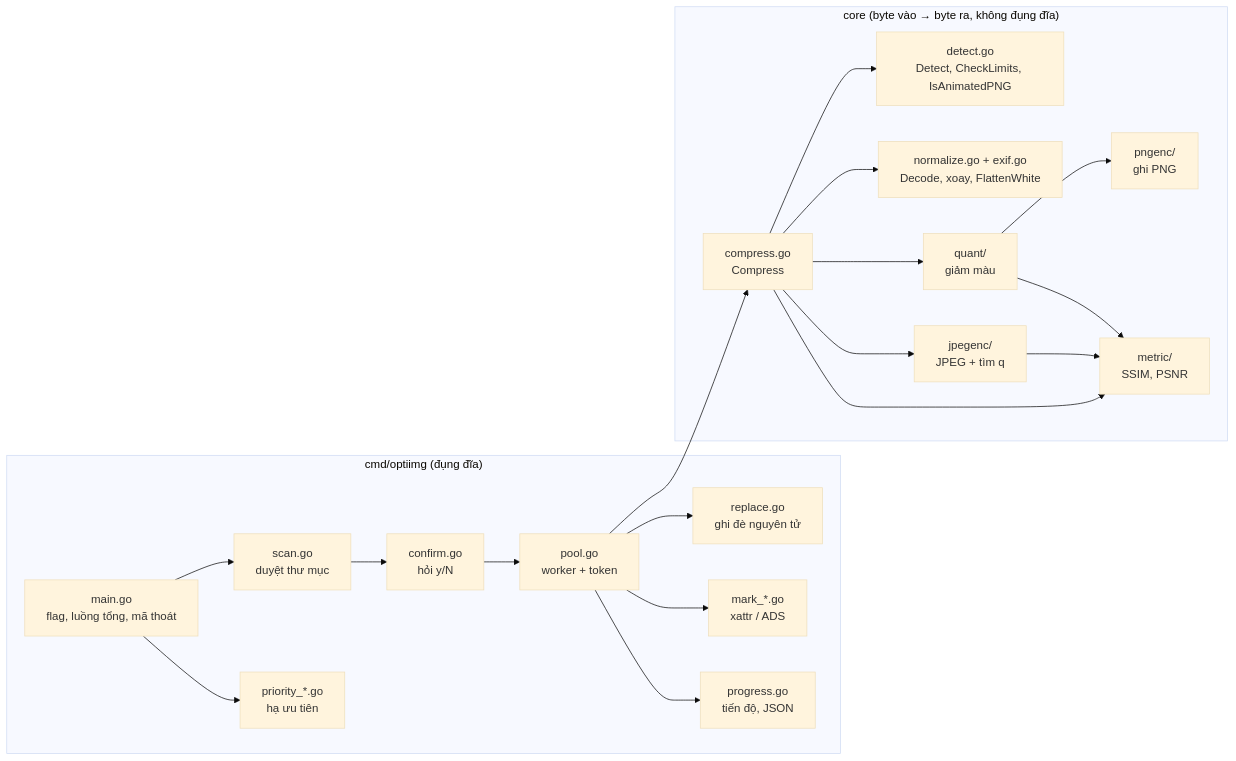
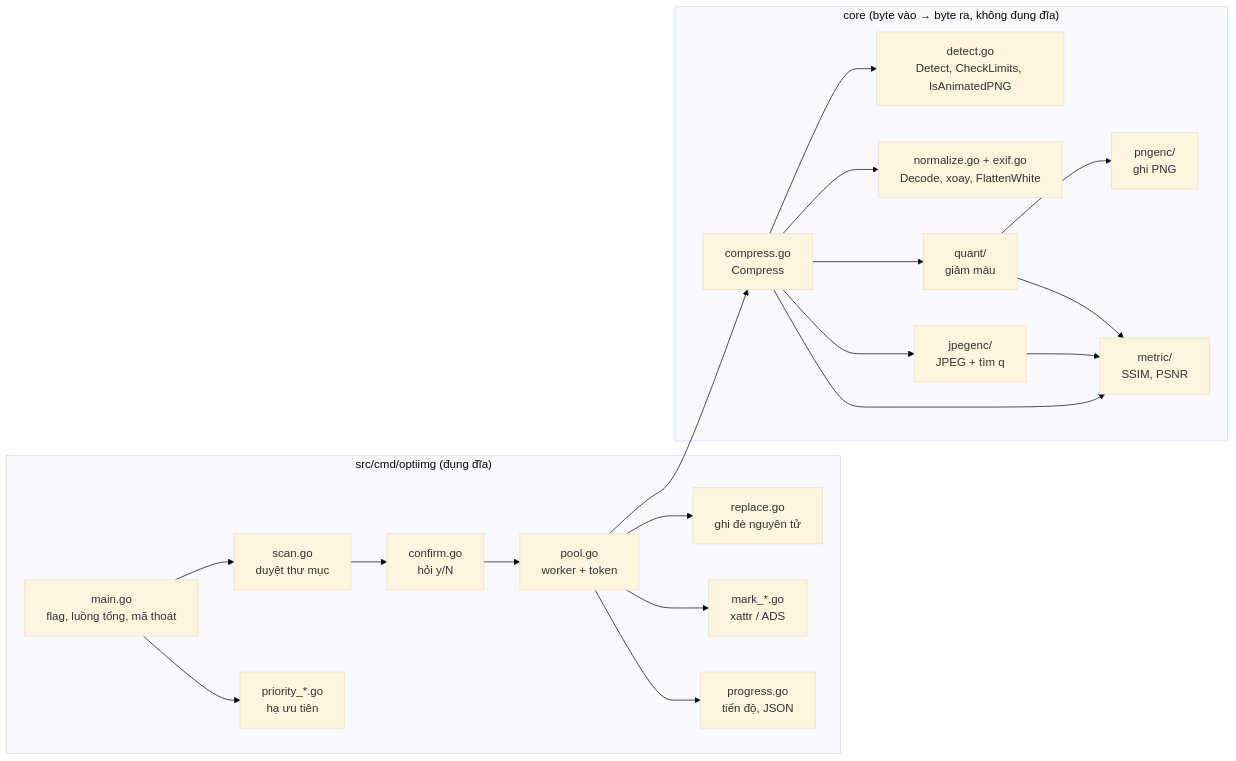
One commit to vanh6803/OptiImg changed the first of 28 diagrams in docs/logic-diagrams.md. Above: the diagram before and after it, drawn with Mermaid (base theme). The commit also changed 53 other files, not shown here.

First line of the commit message:
refactor: move cmd/ and core/ under src/

````diff
--- a/docs/logic-diagrams.md
+++ b/docs/logic-diagrams.md
@@ -40,37 +40,37 @@
 ```mermaid
 flowchart LR
-    subgraph CLI["cmd/optiimg (đụng đĩa)"]
+    subgraph CLI["src/cmd/optiimg (đụng đĩa)"]
         main["main.go<br/>flag, luồng tổng, mã thoát"]
         confirm["confirm.go<br/>hỏi y/N"]
         scan["scan.go<br/>duyệt thư mục"]
         pool["pool.go<br/>worker + token"]
         replace["replace.go<br/>ghi đè nguyên tử"]
         mark["mark_*.go<br/>xattr / ADS"]
         prio["priority_*.go<br/>hạ ưu tiên"]
         progress["progress.go<br/>tiến độ, JSON"]
     end
 
     subgraph CORE["core (byte vào → byte ra, không đụng đĩa)"]
         compress["compress.go<br/>Compress"]
         detect["detect.go<br/>Detect, CheckLimits, IsAnimatedPNG"]
         normalize["normalize.go + exif.go<br/>Decode, xoay, FlattenWhite"]
         quant["quant/<br/>giảm màu"]
         pngenc["pngenc/<br/>ghi PNG"]
         jpegenc["jpegenc/<br/>JPEG + tìm q"]
         metric["metric/<br/>SSIM, PSNR"]
     end
 
     main --> scan --> confirm --> pool
     main --> prio
     pool --> compress
     pool --> replace
     pool --> mark
     pool --> progress
     compress --> detect
     compress --> normalize
     compress --> quant --> pngenc
     compress --> jpegenc
     quant --> metric
     jpegenc --> metric
     compress --> metric
 ```
````
